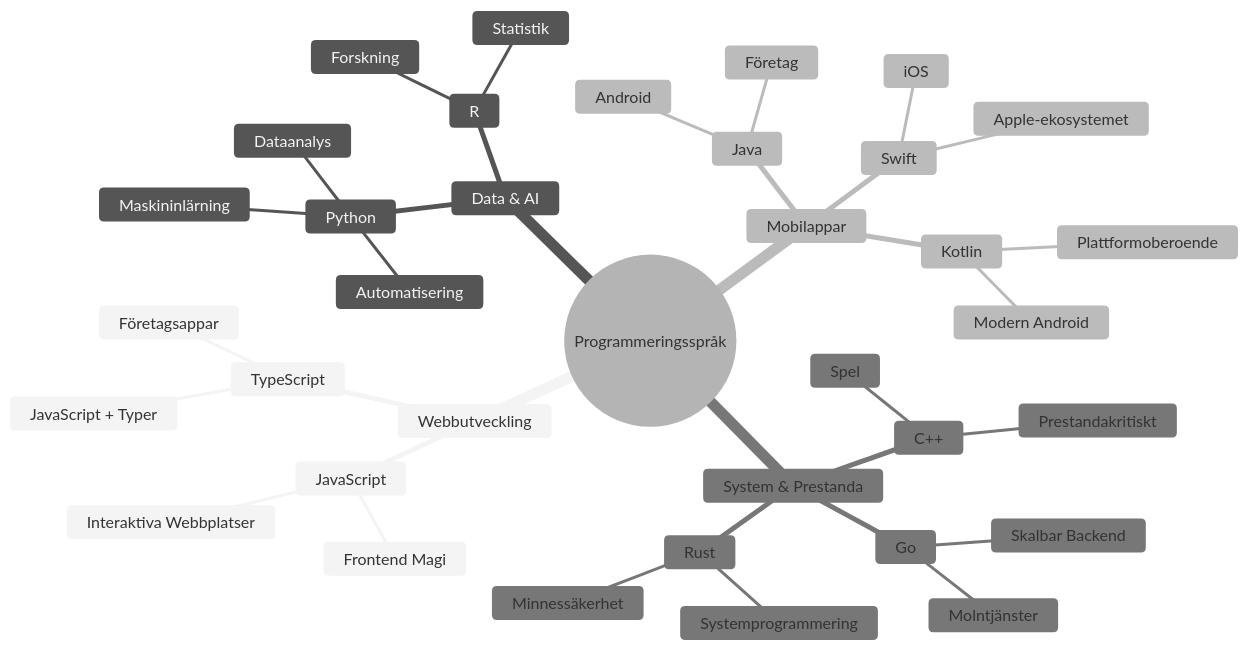
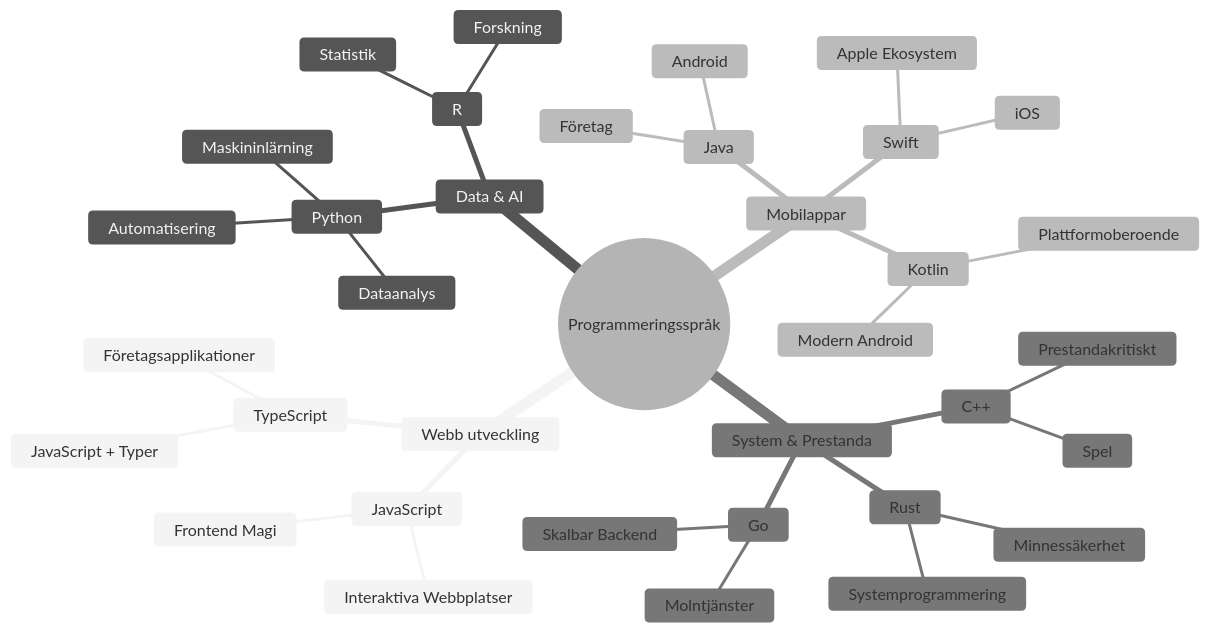
Before and after one commit to microsoft/Web-Dev-For-Beginners: the second of 7 diagrams in translations/sv/1-getting-started-lessons/1-intro-to-programming-languages/README.md, drawn with Mermaid (neutral theme). The commit also changed other lines of this file and 11 other files, not shown here.

````diff
--- a/translations/sv/1-getting-started-lessons/1-intro-to-programming-languages/README.md
+++ b/translations/sv/1-getting-started-lessons/1-intro-to-programming-languages/README.md
@@ -85,39 +85,39 @@
 ```mermaid
 mindmap
   root((Programmeringsspråk))
-    Webbutveckling
+    Webb utveckling
       JavaScript
         Frontend Magi
         Interaktiva Webbplatser
       TypeScript
         JavaScript + Typer
-        Företagsappar
+        Företagsapplikationer
     Data & AI
       Python
         Dataanalys
         Maskininlärning
         Automatisering
       R
         Statistik
         Forskning
     Mobilappar
       Java
         Android
         Företag
       Swift
         iOS
-        Apple-ekosystemet
+        Apple Ekosystem
       Kotlin
         Modern Android
         Plattformoberoende
     System & Prestanda
       C++
         Spel
         Prestandakritiskt
       Rust
         Minnessäkerhet
         Systemprogrammering
       Go
         Molntjänster
         Skalbar Backend
 ```
````
